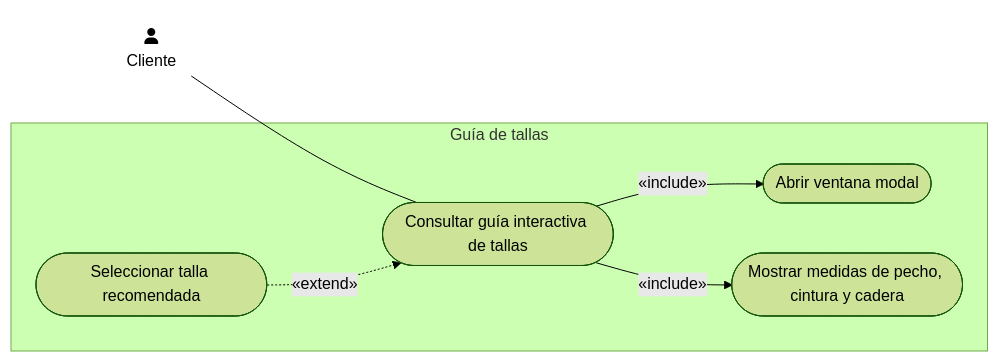
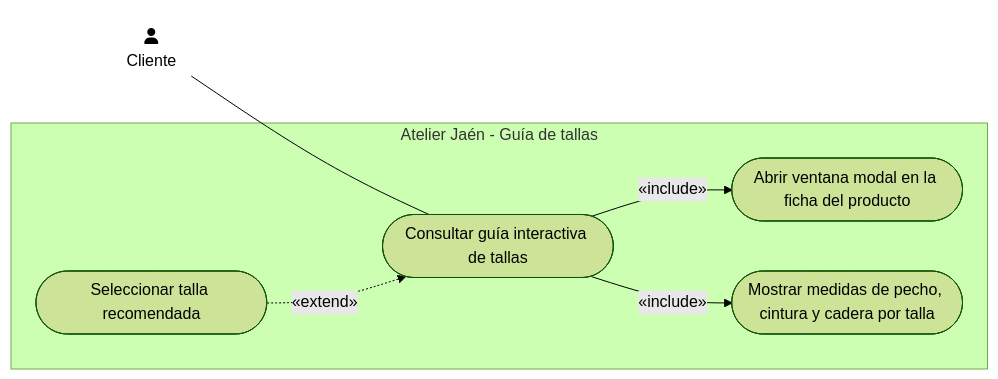
One commit to ajgarciarias10/PR3GPS changed the diagram in Practica3_G11_LaTeX/codigo/cu_us10.mmd. Above: the diagram before and after it, drawn with Mermaid (forest theme). The commit also changed 42 other files, not shown here.

```diff
--- a/Practica3_G11_LaTeX/codigo/cu_us10.mmd
+++ b/Practica3_G11_LaTeX/codigo/cu_us10.mmd
@@ -1,13 +1,18 @@
 flowchart LR
-    subgraph SB10 ["Guía de tallas"]
+    Cliente("fa:fa-user<br>Cliente")
+
+    subgraph SB10 ["Atelier Jaén - Guía de tallas"]
         ConsultarGuia([Consultar guía interactiva de tallas])
-        AbrirModal([Abrir ventana modal])
-        MostrarMedidas([Mostrar medidas de pecho, cintura y cadera])
+        AbrirModal([Abrir ventana modal en la ficha del producto])
+        MostrarMedidas([Mostrar medidas de pecho, cintura y cadera por talla])
         SeleccionarTalla([Seleccionar talla recomendada])
     end
-    Cliente("fa:fa-user<br>Cliente") --- ConsultarGuia
+
+    Cliente --- ConsultarGuia
+
     ConsultarGuia -->|«include»| AbrirModal
     ConsultarGuia -->|«include»| MostrarMedidas
     SeleccionarTalla -.->|«extend»| ConsultarGuia
+
     classDef actor fill:none,stroke:none;
     class Cliente actor;
```
